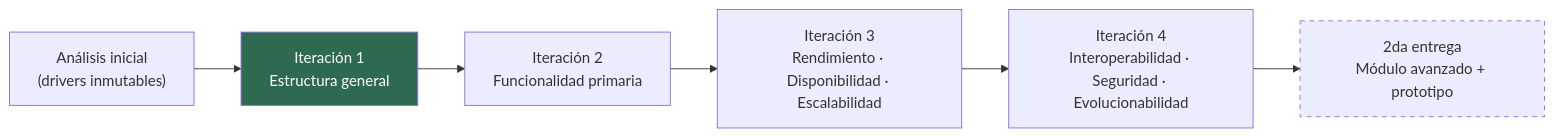
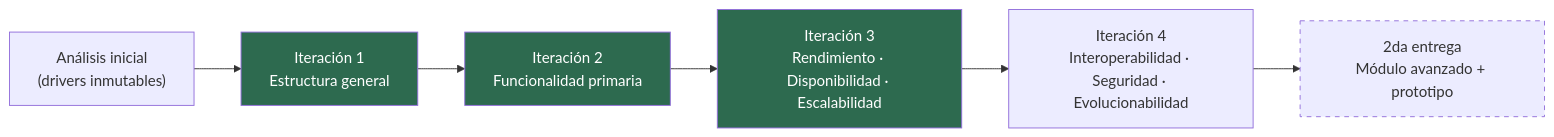
One commit to JereAguilar1/TPE-ing1 changed the diagram in docs/00-gestion/plan-de-iteraciones.md. Above: the diagram before and after it, drawn with Mermaid. The commit also changed other lines of this file and 22 other files, not shown here.

````diff
--- a/docs/00-gestion/plan-de-iteraciones.md
+++ b/docs/00-gestion/plan-de-iteraciones.md
@@ -20,12 +20,14 @@
 ```mermaid
 flowchart LR
     AI["Análisis inicial<br/>(drivers inmutables)"] --> I1
     I1["Iteración 1<br/>Estructura general"] --> I2
     I2["Iteración 2<br/>Funcionalidad primaria"] --> I3
     I3["Iteración 3<br/>Rendimiento · Disponibilidad · Escalabilidad"] --> I4
     I4["Iteración 4<br/>Interoperabilidad · Seguridad · Evolucionabilidad"] --> E2
     E2["2da entrega<br/>Módulo avanzado + prototipo"]
 
     style I1 fill:#2d6a4f,color:#fff
+    style I2 fill:#2d6a4f,color:#fff
+    style I3 fill:#2d6a4f,color:#fff
     style E2 stroke-dasharray: 5 5
 ```
````
